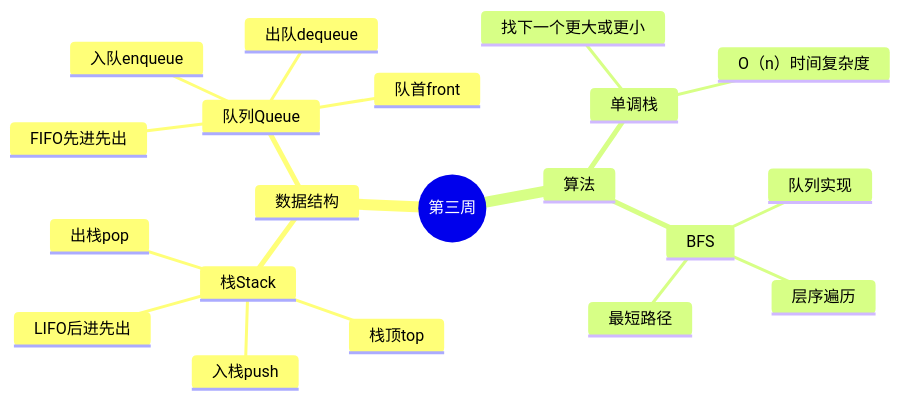
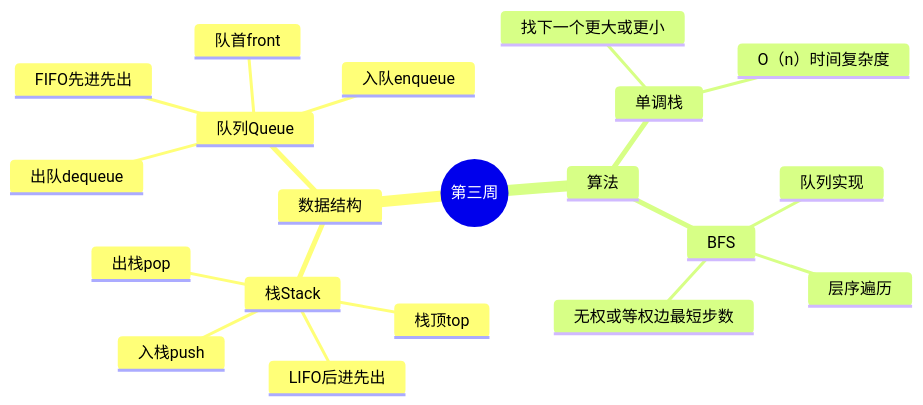
The first of 2 diagrams in week_03/day_21/README.md (mlbo/cpp_learning), drawn with Mermaid before and after one commit. The commit also changed other lines of this file and 675 other files, not shown here.

````diff
--- a/week_03/day_21/README.md
+++ b/week_03/day_21/README.md
@@ -17,23 +19,23 @@
 ```mermaid
 mindmap
   root((第三周))
     数据结构
       栈Stack
         LIFO后进先出
         入栈push
         出栈pop
         栈顶top
       队列Queue
         FIFO先进先出
         入队enqueue
         出队dequeue
         队首front
     算法
       单调栈
         找下一个更大或更小
         O（n）时间复杂度
       BFS
         队列实现
         层序遍历
-        最短路径
+        无权或等权边最短步数
 ```
````
